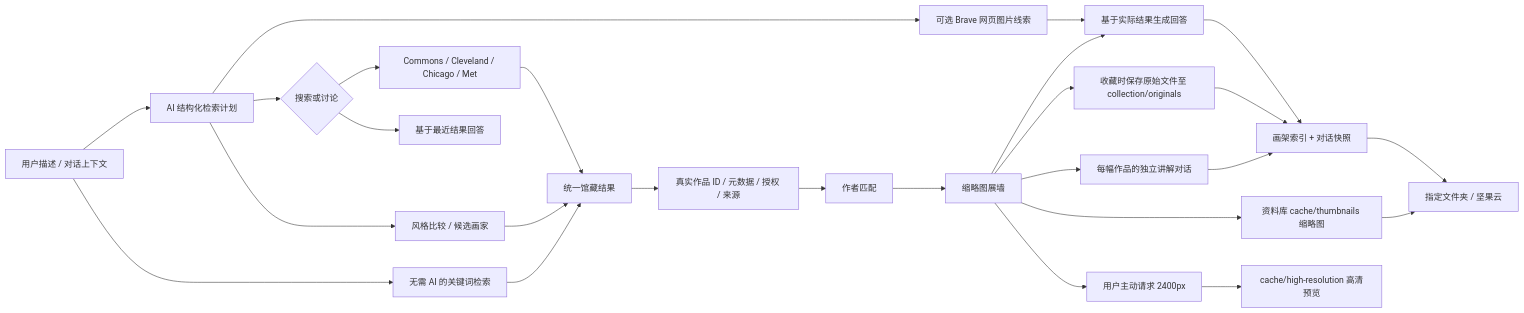
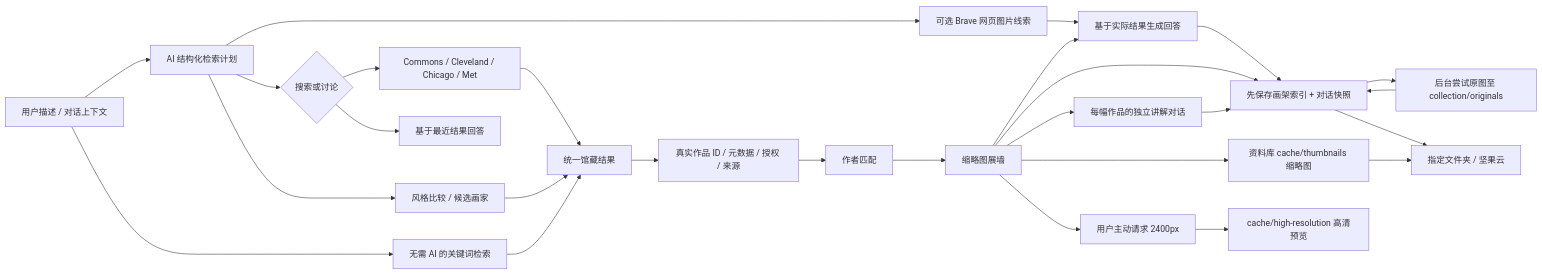
One commit to postgreenHuang/ArtGallery changed the diagram in docs/architecture.md. Above: the diagram before and after it, drawn with Mermaid. The commit also changed other lines of this file and 26 other files, not shown here.

````diff
--- a/docs/architecture.md
+++ b/docs/architecture.md
@@ -17,28 +17,29 @@
 ```mermaid
 flowchart LR
   User[用户描述 / 对话上下文] --> Plan[AI 结构化检索计划]
   User --> Direct[无需 AI 的关键词检索]
   Plan --> Route{搜索或讨论}
   Route --> Sources[Commons / Cleveland / Chicago / Met]
   Route --> Discuss[基于最近结果回答]
   Sources --> Commons[统一馆藏结果]
   Plan --> Web[可选 Brave 网页图片线索]
   Web --> Answer[基于实际结果生成回答]
   Plan --> Recommend[风格比较 / 候选画家]
   Recommend --> Commons
   Direct --> Commons
   Commons --> Normalize[真实作品 ID / 元数据 / 授权 / 来源]
   Normalize --> Match[作者匹配]
   Match --> Gallery[缩略图展墙]
   Gallery --> Answer
   Answer --> Save
   Gallery --> Cache[资料库 cache/thumbnails 缩略图]
   Gallery --> HD[用户主动请求 2400px]
   HD --> Preview[cache/high-resolution 高清预览]
   Gallery --> Explain[每幅作品的独立讲解对话]
-  Gallery --> Original[收藏时保存原始文件至 collection/originals]
-  Original --> Save[画架索引 + 对话快照]
+  Gallery --> Save[先保存画架索引 + 对话快照]
+  Save --> Original[后台尝试原图至 collection/originals]
+  Original --> Save
   Explain --> Save
   Save --> Folder[指定文件夹 / 坚果云]
   Cache --> Folder
 ```
````
